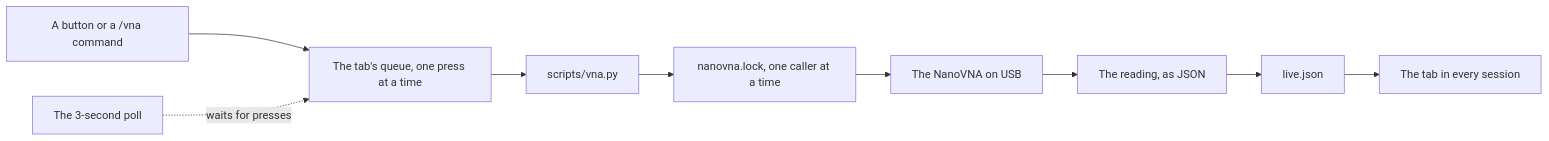
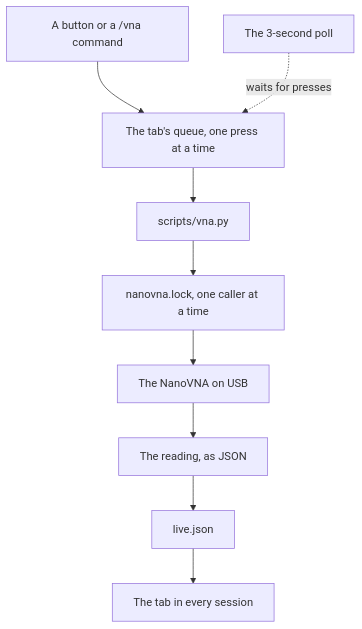
The second of 3 diagrams in docs/details.md (RedThoroughbred/nanovna-tab), drawn with Mermaid before and after one commit. The commit also changed other lines of this file, not shown here.

Commit message:
docs: diagrams that fit the page (long chains top to bottom, shorter label lines)

````diff
--- a/docs/details.md
+++ b/docs/details.md
@@ -422,11 +422,11 @@
 ```mermaid
-flowchart LR
+flowchart TD
     press["A button or a /vna command"] --> queue["The tab's queue, one press at a time"]
     poll["The 3-second poll"] -.->|waits for presses| queue
     queue --> vnapy["scripts/vna.py"]
     vnapy --> lock["nanovna.lock, one caller at a time"]
     lock --> device["The NanoVNA on USB"]
     device --> reading["The reading, as JSON"]
     reading --> live["live.json"]
     live --> tabs["The tab in every session"]
 ```
````
